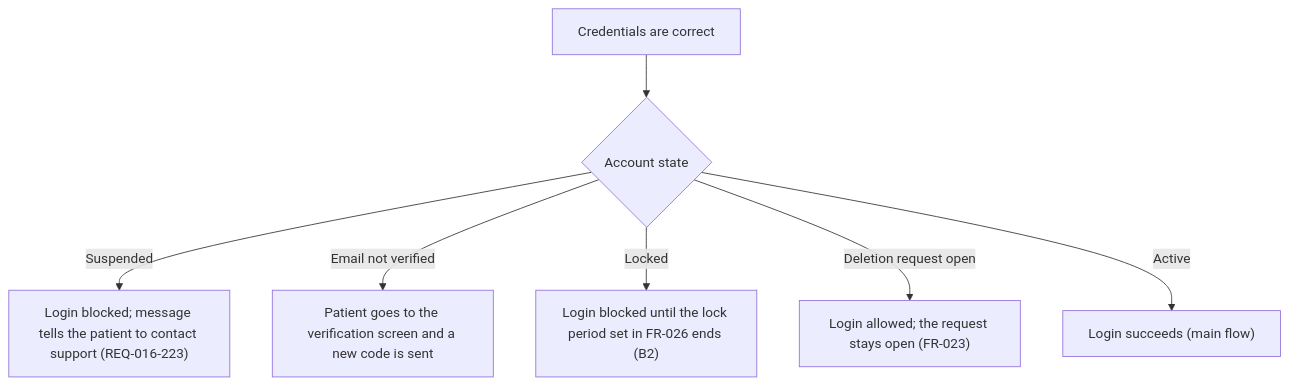
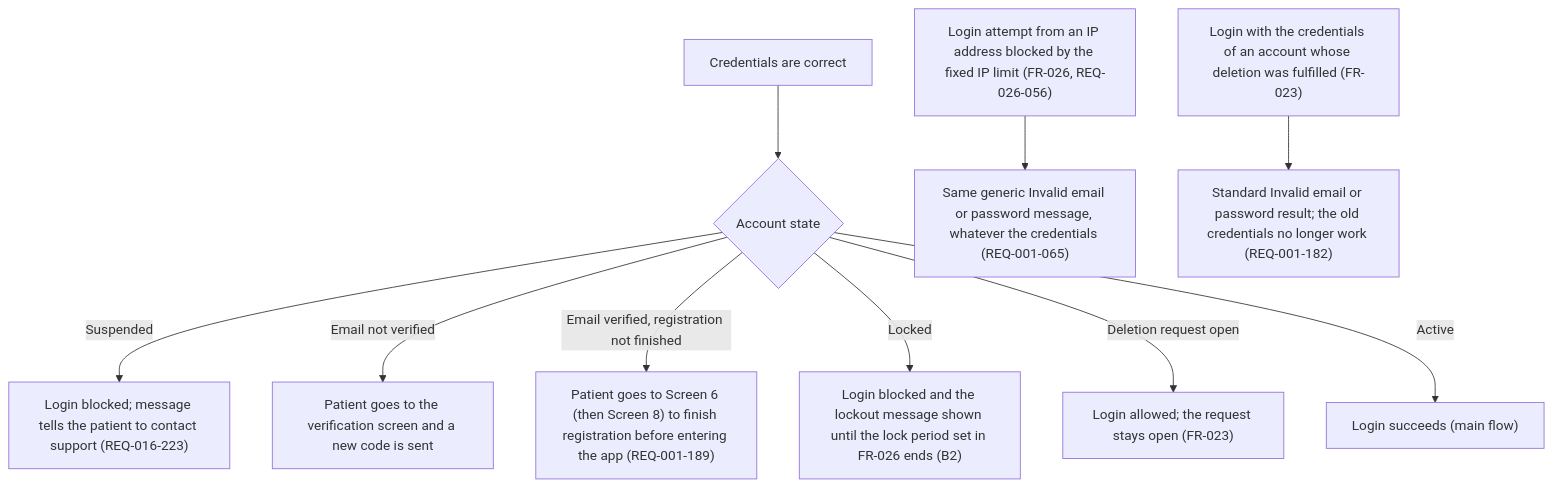
One commit to joachimtrungtuan/hairline-pm-docs changed the eighth of 15 diagrams in project-requirements/functional-requirements/fr001-patient-authentication/prd.md. Above: the diagram before and after it, drawn with Mermaid. The commit also changed other lines of this file and 5 other files, not shown here.

Commit message:
docs(fr001): apply logic review pass 2 fixes to PRD and graph

````diff
--- a/project-requirements/functional-requirements/fr001-patient-authentication/prd.md
+++ b/project-requirements/functional-requirements/fr001-patient-authentication/prd.md
@@ -212,9 +212,12 @@
 ```mermaid
 flowchart TD
   W2B3_1["Credentials are correct"] --> W2B3_2{"Account state"}
   W2B3_2 -->|"Suspended"| W2B3_3["Login blocked; message tells the patient to contact support (REQ-016-223)"]
   W2B3_2 -->|"Email not verified"| W2B3_4["Patient goes to the verification screen and a new code is sent"]
-  W2B3_2 -->|"Locked"| W2B3_5["Login blocked until the lock period set in FR-026 ends (B2)"]
+  W2B3_2 -->|"Email verified, registration not finished"| W2B3_8["Patient goes to Screen 6 (then Screen 8) to finish registration before entering the app (REQ-001-189)"]
+  W2B3_2 -->|"Locked"| W2B3_5["Login blocked and the lockout message shown until the lock period set in FR-026 ends (B2)"]
   W2B3_2 -->|"Deletion request open"| W2B3_6["Login allowed; the request stays open (FR-023)"]
   W2B3_2 -->|"Active"| W2B3_7["Login succeeds (main flow)"]
+  W2B3_9["Login attempt from an IP address blocked by the fixed IP limit (FR-026, REQ-026-056)"] --> W2B3_10["Same generic Invalid email or password message, whatever the credentials (REQ-001-065)"]
+  W2B3_11["Login with the credentials of an account whose deletion was fulfilled (FR-023)"] --> W2B3_12["Standard Invalid email or password result; the old credentials no longer work (REQ-001-182)"]
 ```
````
